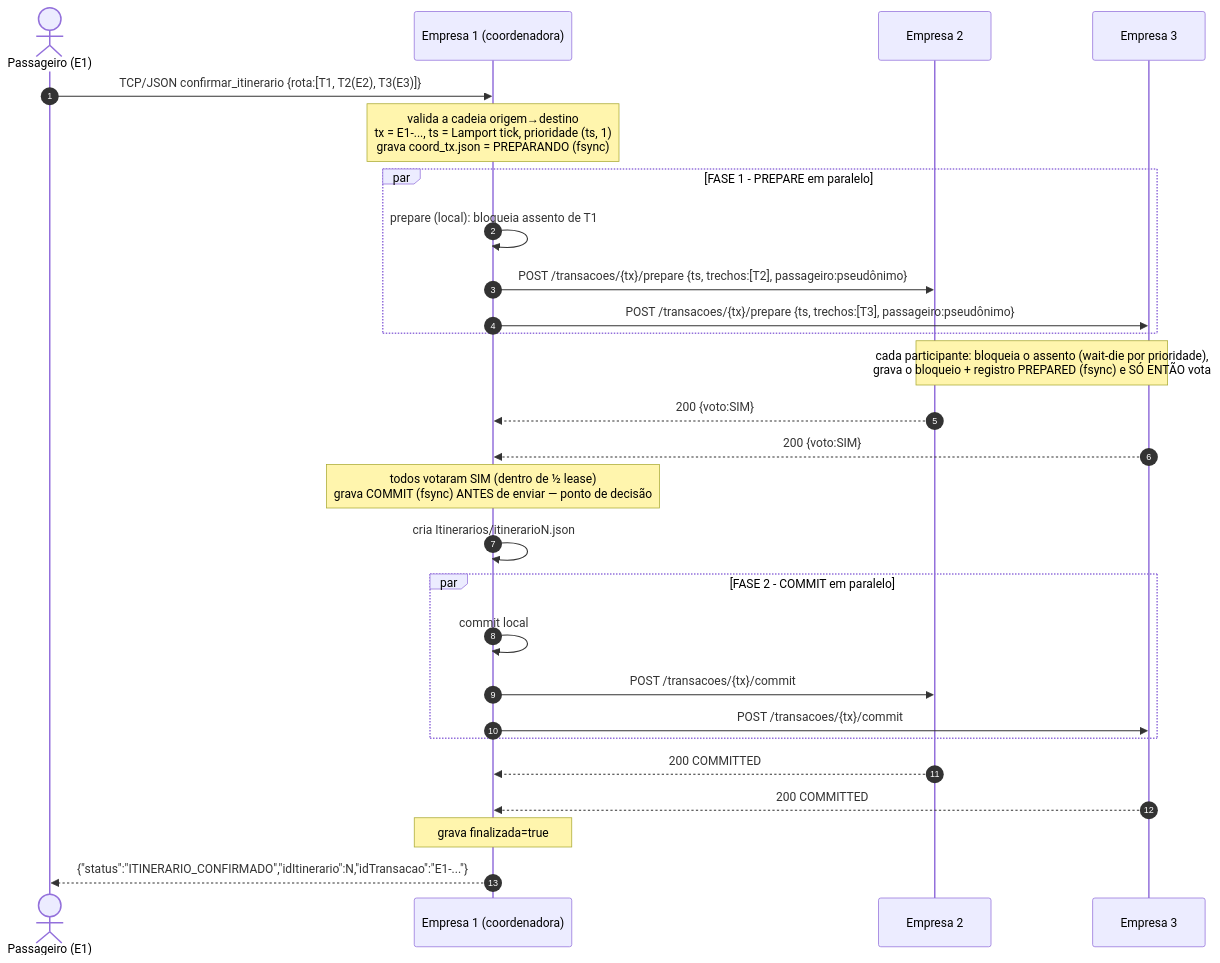
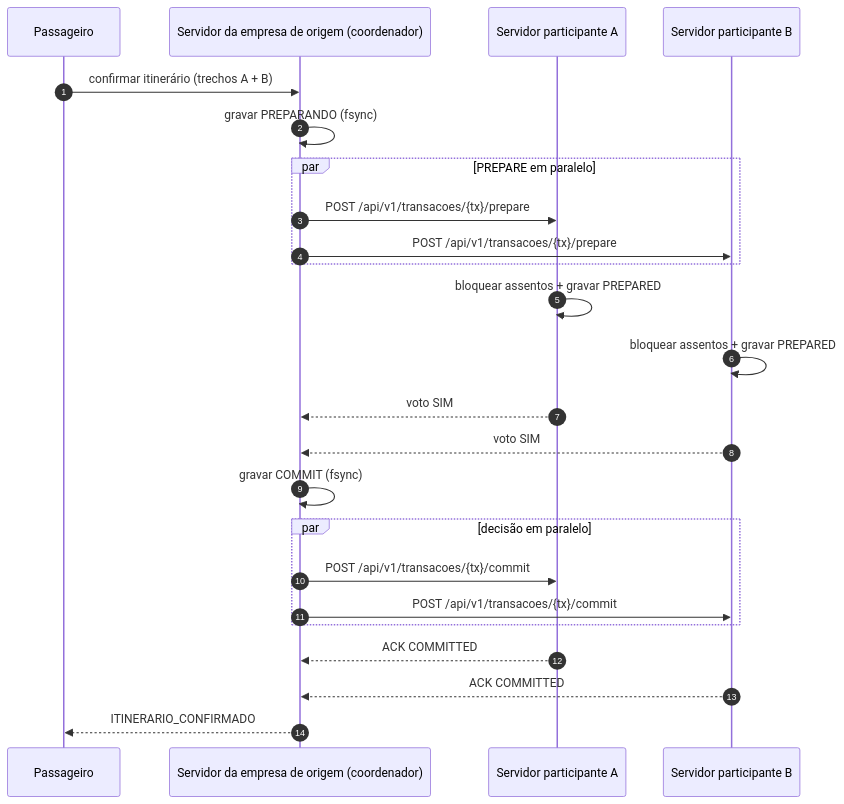
One commit to TaironeNzz/Projeto-VaiJunto---MI-concorr-ncia-e-conectividade changed the first of 2 diagrams in PBL2/README.md. Above: the diagram before and after it, drawn with Mermaid. The commit also changed other lines of this file and 3 other files, not shown here.

````diff
--- a/PBL2/README.md
+++ b/PBL2/README.md
@@ -116,30 +493,26 @@
 ```mermaid
 sequenceDiagram
     autonumber
-    actor P as Passageiro (E1)
-    participant E1 as Empresa 1 (coordenadora)
-    participant E2 as Empresa 2
-    participant E3 as Empresa 3
-
-    P->>E1: TCP/JSON confirmar_itinerario {rota:[T1, T2(E2), T3(E3)]}
-    Note over E1: valida a cadeia origem→destino<br/>tx = E1-..., ts = Lamport tick, prioridade (ts, 1)<br/>grava coord_tx.json = PREPARANDO (fsync)
-    par FASE 1 - PREPARE em paralelo
-        E1->>E1: prepare (local): bloqueia assento de T1
-        E1->>E2: POST /transacoes/{tx}/prepare {ts, trechos:[T2], passageiro:pseudônimo}
-        E1->>E3: POST /transacoes/{tx}/prepare {ts, trechos:[T3], passageiro:pseudônimo}
+    participant P as Passageiro
+    participant C as Servidor da empresa de origem (coordenador)
+    participant A as Servidor participante A
+    participant B as Servidor participante B
+    P->>C: confirmar itinerário (trechos A + B)
+    C->>C: gravar PREPARANDO (fsync)
+    par PREPARE em paralelo
+        C->>A: POST /api/v1/transacoes/{tx}/prepare
+        C->>B: POST /api/v1/transacoes/{tx}/prepare
     end
-    Note over E2,E3: cada participante: bloqueia o assento (wait-die por prioridade),<br/>grava o bloqueio + registro PREPARED (fsync) e SÓ ENTÃO vota
-    E2-->>E1: 200 {voto:SIM}
-    E3-->>E1: 200 {voto:SIM}
-    Note over E1: todos votaram SIM (dentro de ½ lease)<br/>grava COMMIT (fsync) ANTES de enviar — ponto de decisão
-    E1->>E1: cria Itinerarios/itinerarioN.json
-    par FASE 2 - COMMIT em paralelo
-        E1->>E1: commit local
-        E1->>E2: POST /transacoes/{tx}/commit
-        E1->>E3: POST /transacoes/{tx}/commit
+    A->>A: bloquear assentos + gravar PREPARED
+    B->>B: bloquear assentos + gravar PREPARED
+    A-->>C: voto SIM
+    B-->>C: voto SIM
+    C->>C: gravar COMMIT (fsync)
+    par decisão em paralelo
+        C->>A: POST /api/v1/transacoes/{tx}/commit
+        C->>B: POST /api/v1/transacoes/{tx}/commit
     end
-    E2-->>E1: 200 COMMITTED
-    E3-->>E1: 200 COMMITTED
-    Note over E1: grava finalizada=true
-    E1-->>P: {"status":"ITINERARIO_CONFIRMADO","idItinerario":N,"idTransacao":"E1-..."}
+    A-->>C: ACK COMMITTED
+    B-->>C: ACK COMMITTED
+    C-->>P: ITINERARIO_CONFIRMADO
 ```
````
